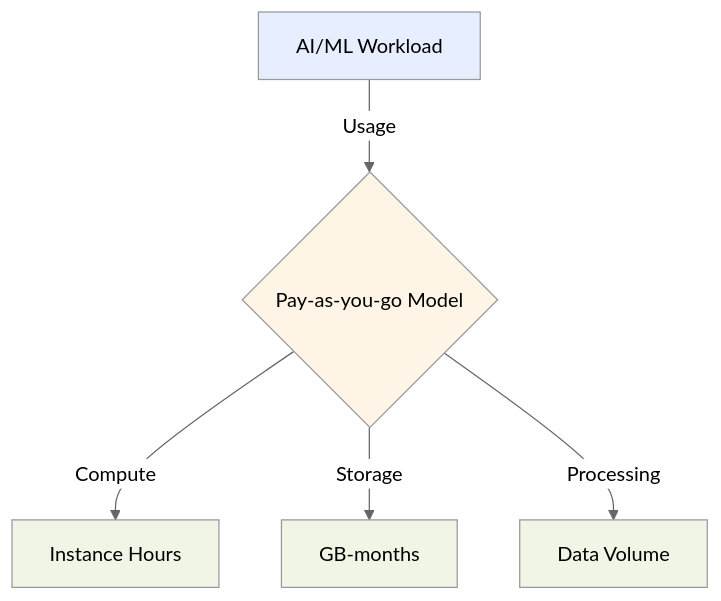
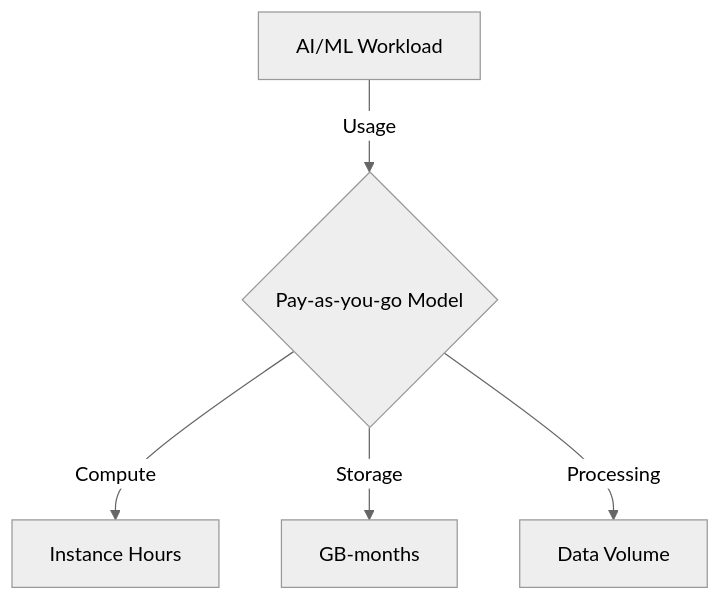
One commit to CloudCityPress/aws-aif-c01 changed the first of 5 diagrams in english/60_20_AWS Pricing and Cost Optimization for AI.md. Above: the diagram before and after it, drawn with Mermaid (neutral theme). The commit also changed other lines of this file and 16 other files, not shown here.

Commit message:
updating Mermaids

````diff
--- a/english/60_20_AWS Pricing and Cost Optimization for AI.md
+++ b/english/60_20_AWS Pricing and Cost Optimization for AI.md
@@ -21,12 +21,7 @@
 ```mermaid
 flowchart TD
     A[AI/ML Workload] -->|Usage| B{Pay-as-you-go Model}
     B -->|Compute| C[Instance Hours]
     B -->|Storage| D[GB-months]
     B -->|Processing| E[Data Volume]
-    style A fill:#e6eeff
-    style B fill:#fff5e6
-    style C fill:#f0f5e6
-    style D fill:#f0f5e6
-    style E fill:#f0f5e6
 ```
````
